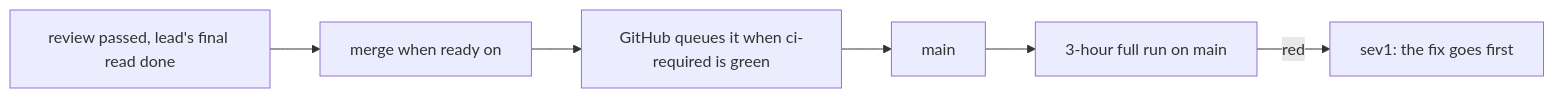
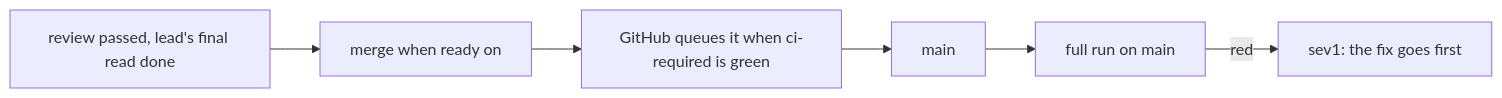
One commit to kamp-us/tea-fabrika changed the diagram in .decisions/0544-every-reviewed-pull-request-is-armed.md. Above: the diagram before and after it, drawn with Mermaid. The commit also changed other lines of this file and 14 other files, not shown here.

````diff
--- a/.decisions/0544-every-reviewed-pull-request-is-armed.md
+++ b/.decisions/0544-every-reviewed-pull-request-is-armed.md
@@ -11,8 +11,8 @@
 ```mermaid
 flowchart LR
   review["review passed, lead's final read done"] --> arm["merge when ready on"]
   arm --> queue["GitHub queues it when ci-required is green"]
   queue --> main["main"]
-  main --> full["3-hour full run on main"]
+  main --> full["full run on main"]
   full -->|"red"| sev["sev1: the fix goes first"]
 ```
````
